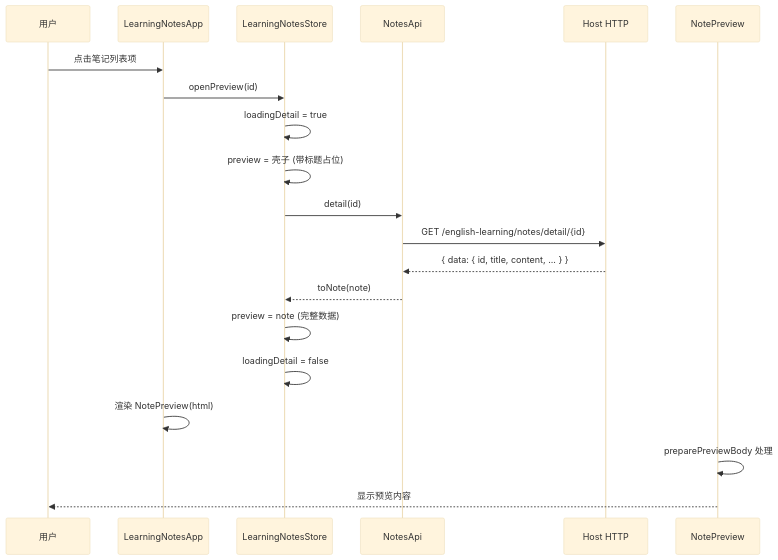
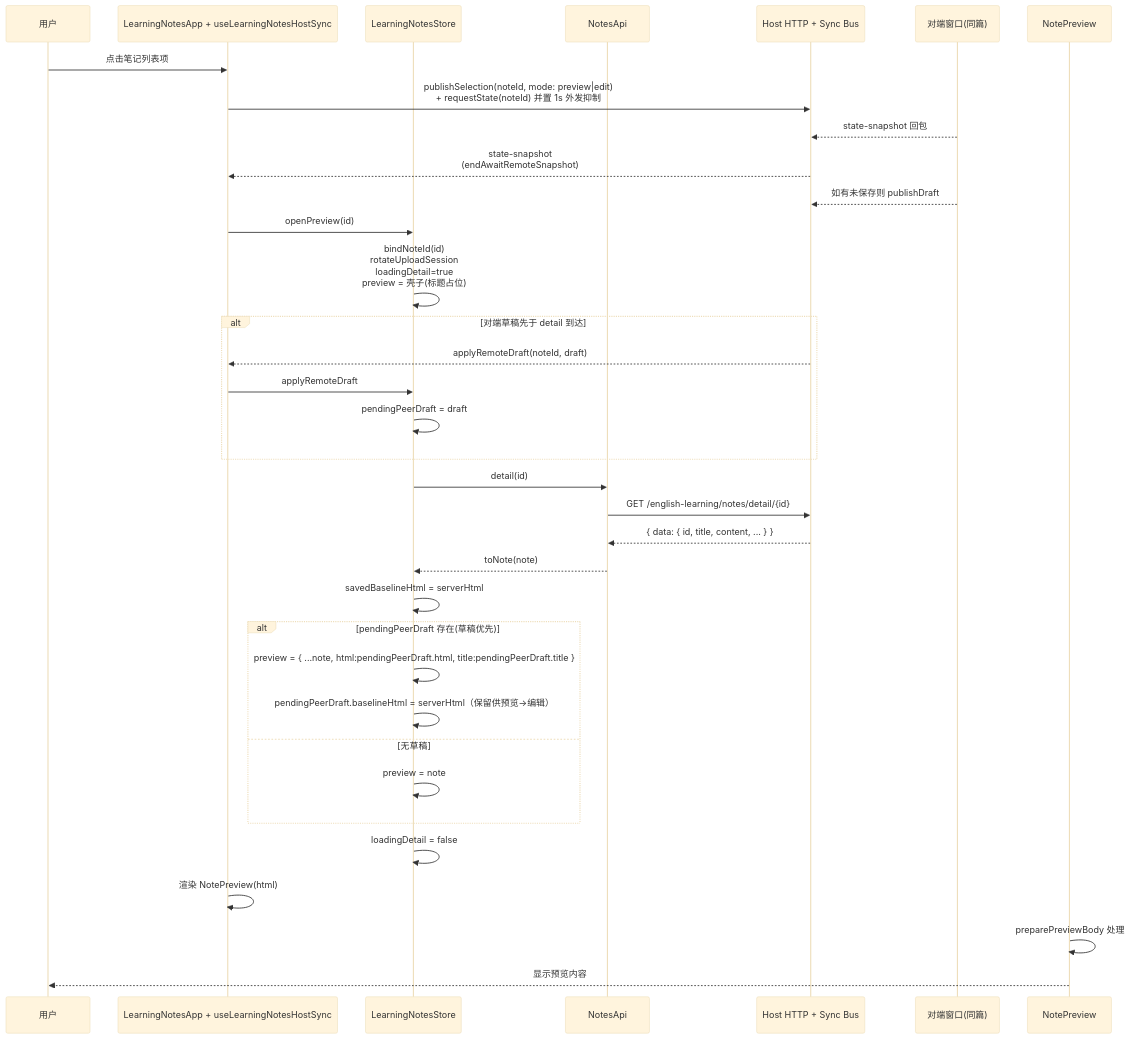
Before and after one commit to dnhyxc/dnhyxc-ai-plugins: the third of 4 diagrams in docs/learning-notes.md, drawn with Mermaid (base theme). The commit also changed other lines of this file and 6 other files, not shown here.

````diff
--- a/docs/learning-notes.md
+++ b/docs/learning-notes.md
@@ -133,22 +143,37 @@
 ```mermaid
 sequenceDiagram
     participant User as 用户
-    participant App as LearningNotesApp
+    participant App as LearningNotesApp + useLearningNotesHostSync
     participant Store as LearningNotesStore
     participant Api as NotesApi
-    participant Host as Host HTTP
+    participant Host as Host HTTP + Sync Bus
+    participant Peer as 对端窗口(同篇)
 
     User->>App: 点击笔记列表项
+    App->>Host: publishSelection(noteId, mode: preview|edit)<br/>+ requestState(noteId) 并置 1s 外发抑制
+    Peer-->>Host: state-snapshot 回包
+    Host-->>App: state-snapshot<br/>(endAwaitRemoteSnapshot)
+    Peer-->>Host: 如有未保存则 publishDraft
     App->>Store: openPreview(id)
-    Store->>Store: loadingDetail = true
-    Store->>Store: preview = 壳子 (带标题占位)
+    Store->>Store: bindNoteId(id)<br/>rotateUploadSession<br/>loadingDetail=true<br/>preview = 壳子(标题占位)
+    alt 对端草稿先于 detail 到达
+      Host-->>App: applyRemoteDraft(noteId, draft)
+      App->>Store: applyRemoteDraft
+      Store->>Store: pendingPeerDraft = draft
+    end
     Store->>Api: detail(id)
     Api->>Host: GET /english-learning/notes/detail/{id}
     Host-->>Api: { data: { id, title, content, ... } }
     Api-->>Store: toNote(note)
-    Store->>Store: preview = note (完整数据)
+    Store->>Store: savedBaselineHtml = serverHtml
+    alt pendingPeerDraft 存在(草稿优先)
+      Store->>Store: preview = { ...note, html:pendingPeerDraft.html, title:pendingPeerDraft.title }
+      Store->>Store: pendingPeerDraft.baselineHtml = serverHtml（保留供预览→编辑）
+    else 无草稿
+      Store->>Store: preview = note
+    end
     Store->>Store: loadingDetail = false
     App->>App: 渲染 NotePreview(html)
     NotePreview->>NotePreview: preparePreviewBody 处理
     NotePreview-->>User: 显示预览内容
 ```
````
